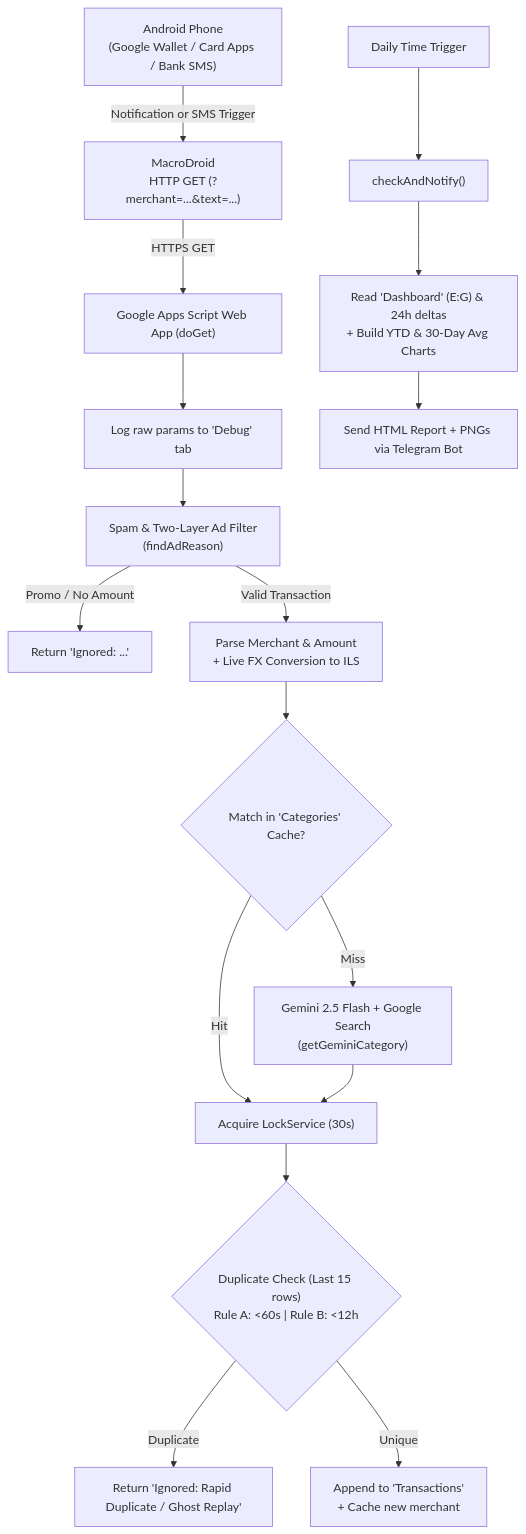
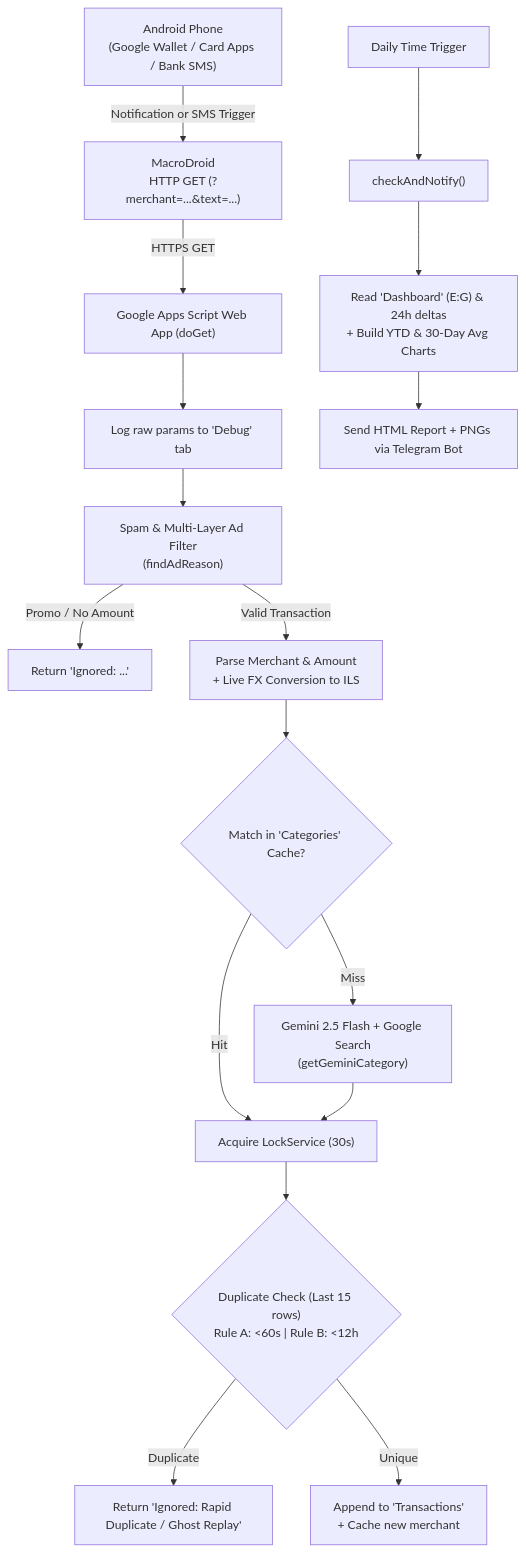
Before and after one commit to dror-zalstein/ReceiptExtractor: the diagram in README.md, drawn with Mermaid. The commit also changed other lines of this file and 2 other files, not shown here.

Commit message:
Fix ad filter bypass on 'בכרטיסי' and add hard opt-out block

````diff
--- a/README.md
+++ b/README.md
@@ -11,19 +11,19 @@
 ```mermaid
 flowchart TD
     A["Android Phone<br/>(Google Wallet / Card Apps / Bank SMS)"] -->|"Notification or SMS Trigger"| B["MacroDroid<br/>HTTP GET (?merchant=...&text=...)"]
     B -->|"HTTPS GET"| C["Google Apps Script Web App (doGet)"]
     C --> D["Log raw params to 'Debug' tab"]
-    D --> E["Spam & Two-Layer Ad Filter<br/>(findAdReason)"]
+    D --> E["Spam & Multi-Layer Ad Filter<br/>(findAdReason)"]
     E -->|"Promo / No Amount"| X["Return 'Ignored: ...'"]
     E -->|"Valid Transaction"| F["Parse Merchant & Amount<br/>+ Live FX Conversion to ILS"]
     F --> G{"Match in 'Categories' Cache?"}
     G -->|"Hit"| I["Acquire LockService (30s)"]
     G -->|"Miss"| H["Gemini 2.5 Flash + Google Search<br/>(getGeminiCategory)"]
     H --> I
     I --> J{"Duplicate Check (Last 15 rows)<br/>Rule A: <60s | Rule B: <12h"}
     J -->|"Duplicate"| Y["Return 'Ignored: Rapid Duplicate / Ghost Replay'"]
     J -->|"Unique"| K["Append to 'Transactions'<br/>+ Cache new merchant"]
     L["Daily Time Trigger"] --> M["checkAndNotify()"]
     M --> N["Read 'Dashboard' (E:G) & 24h deltas<br/>+ Build YTD & 30-Day Avg Charts"]
     N --> O["Send HTML Report + PNGs via Telegram Bot"]
 ```
````
